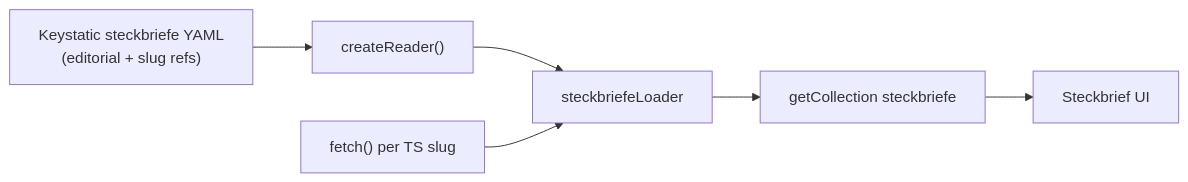
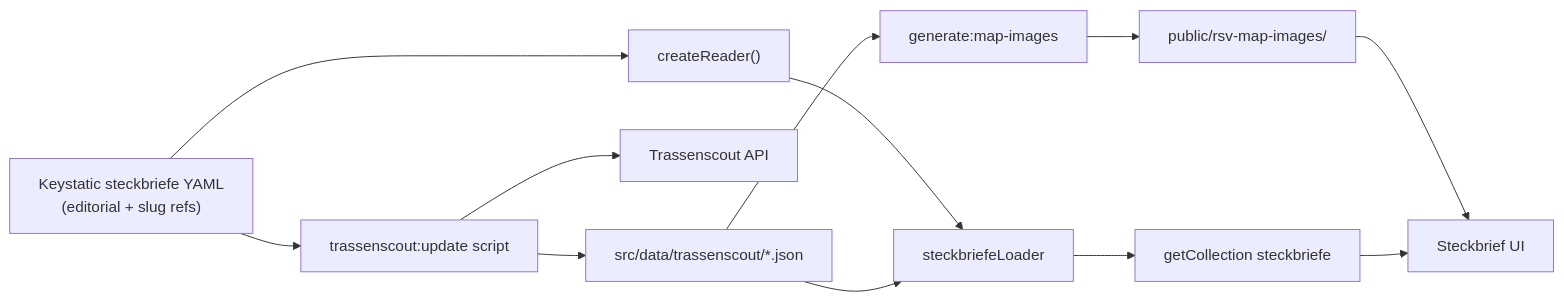
The diagram in docs/DATA.md (FixMyBerlin/rsv-info), drawn with Mermaid before and after one commit. The commit also changed other lines of this file and 16 other files, not shown here.

First line of the commit message:
Check in Trassenscout data and add weekly sync PR workflow.

````diff
--- a/docs/DATA.md
+++ b/docs/DATA.md
@@ -7,13 +7,22 @@
 ```mermaid
 flowchart LR
   ksYaml["Keystatic steckbriefe YAML\n(editorial + slug refs)"]
   reader["createReader()"]
-  fetchApi["fetch() per TS slug"]
+  updateScript["trassenscout:update script"]
+  tsApi["Trassenscout API"]
+  cache["src/data/trassenscout/*.json"]
+  mapScript["generate:map-images"]
+  pngs["public/rsv-map-images/"]
   loader["steckbriefeLoader"]
   collection["getCollection steckbriefe"]
   ui[Steckbrief UI]
 
   ksYaml --> reader --> loader
-  fetchApi --> loader
+  ksYaml --> updateScript
+  updateScript --> tsApi
+  updateScript --> cache
+  cache --> mapScript --> pngs
+  cache --> loader
+  pngs --> ui
   loader --> collection --> ui
 ```
````
